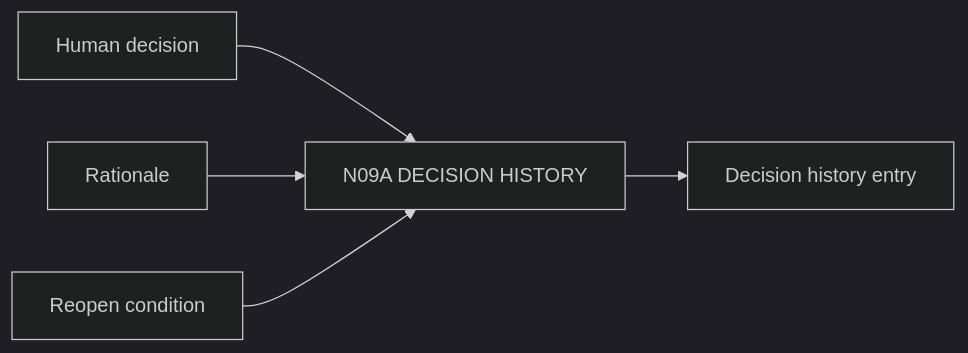
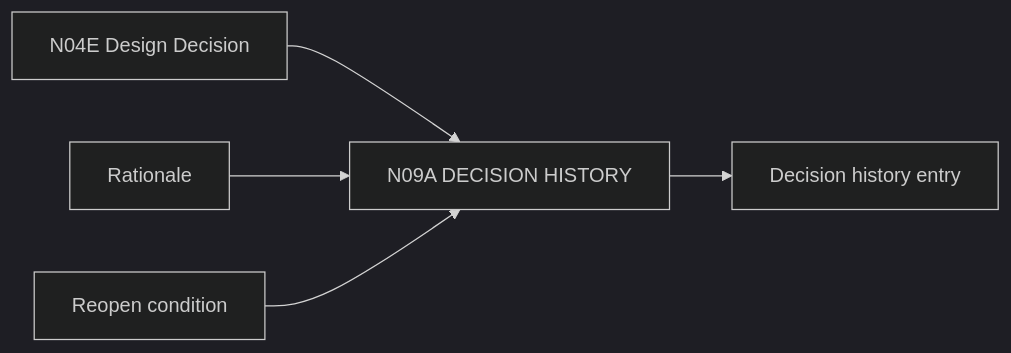
Before and after one commit to Jiaosong/Design: the diagram in product-docs/v0.3/nodes/atomic/N09A_DECISION_HISTORY.md, drawn with Mermaid (dark theme). The commit also changed other lines of this file and 71 other files, not shown here.

````diff
--- a/product-docs/v0.3/nodes/atomic/N09A_DECISION_HISTORY.md
+++ b/product-docs/v0.3/nodes/atomic/N09A_DECISION_HISTORY.md
@@ -20,7 +20,7 @@
 ```mermaid
 flowchart LR
-    I0[Human decision] --> N[N09A DECISION HISTORY]
+    I0[N04E Design Decision] --> N[N09A DECISION HISTORY]
     I1[Rationale] --> N[N09A DECISION HISTORY]
     I2[Reopen condition] --> N[N09A DECISION HISTORY]
     N --> O0[Decision history entry]
 ```
````
